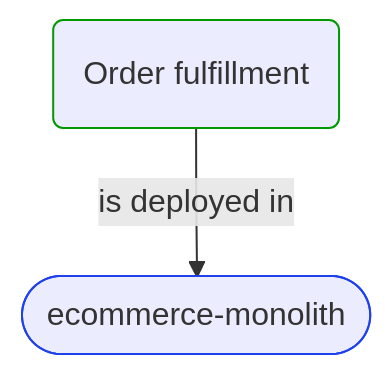
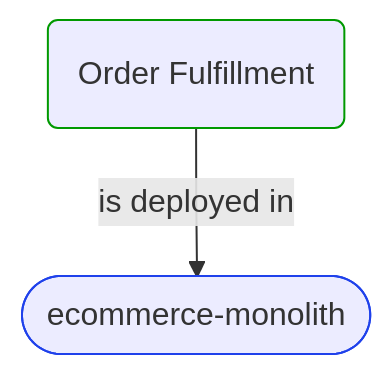
The third of 4 diagrams in Docs/P3/MermaidOutput/Domain/Processes/OrderFulfillment.md (itlibrium/DDD-starter-dotnet), drawn with Mermaid before and after one commit. The commit also changed other lines of this file and 237 other files, not shown here.

````diff
--- a/Docs/P3/MermaidOutput/Domain/Processes/OrderFulfillment.md
+++ b/Docs/P3/MermaidOutput/Domain/Processes/OrderFulfillment.md
@@ -52,11 +55,11 @@
 ```mermaid
   flowchart TB
-    0(Order fulfillment)
+    0(Order Fulfillment)
     class 0 DomainPerspective
     1([ecommerce-monolith])
     class 1 TechnologyPerspective
     0-->|is deployed in|1
     classDef DomainPerspective stroke:#009900
     classDef TechnologyPerspective stroke:#1F41EB
     classDef PeoplePerspective stroke:#FFF014
 ```
````
